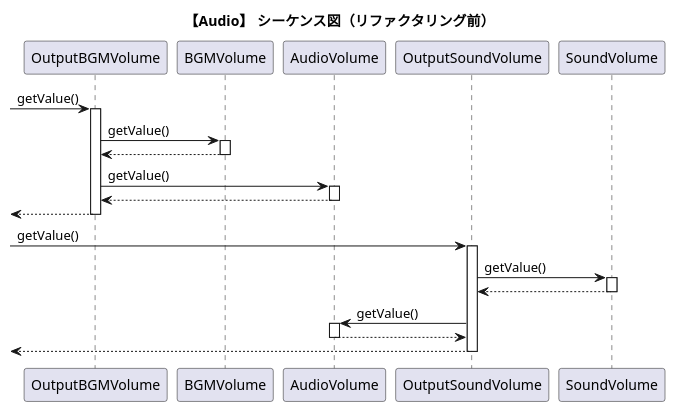
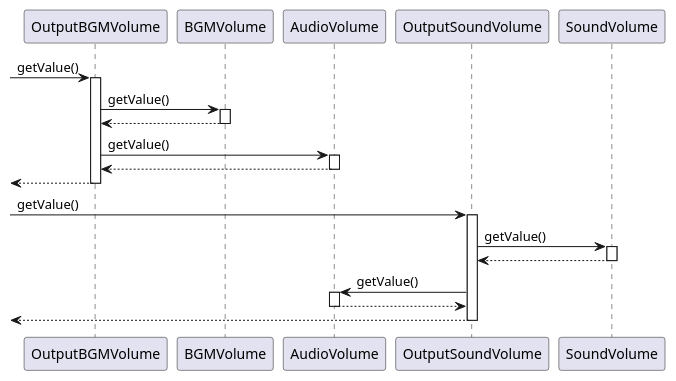
The diagram in puml/sequences/audio_seq_pull.puml (nitta-lab/TwoStagesModelingExperiments), drawn with PlantUML before and after one commit. The commit also changed 11 other files, not shown here.

```diff
--- a/puml/sequences/audio_seq_pull.puml
+++ b/puml/sequences/audio_seq_pull.puml
@@ -1,37 +1,36 @@
 @startuml audio_seq_pull
-title "【Audio】 シーケンス図（リファクタリング前）"
 
 -> OutputBGMVolume : getValue()
 activate OutputBGMVolume
 
 OutputBGMVolume -> BGMVolume : getValue()
 activate BGMVolume
 BGMVolume --> OutputBGMVolume
 deactivate BGMVolume
 
 OutputBGMVolume -> AudioVolume : getValue()
 activate AudioVolume
 AudioVolume --> OutputBGMVolume
 deactivate AudioVolume
 
 <-- OutputBGMVolume 
 deactivate OutputBGMVolume
 
 -> OutputSoundVolume : getValue()
 activate OutputSoundVolume
 
 OutputSoundVolume -> SoundVolume : getValue()
 activate SoundVolume
 SoundVolume --> OutputSoundVolume
 deactivate SoundVolume
 
 OutputSoundVolume -> AudioVolume : getValue()
 activate AudioVolume
 AudioVolume --> OutputSoundVolume
 deactivate AudioVolume
 
 <-- OutputSoundVolume
 deactivate OutputSoundVolume
 
 
 @enduml
```
